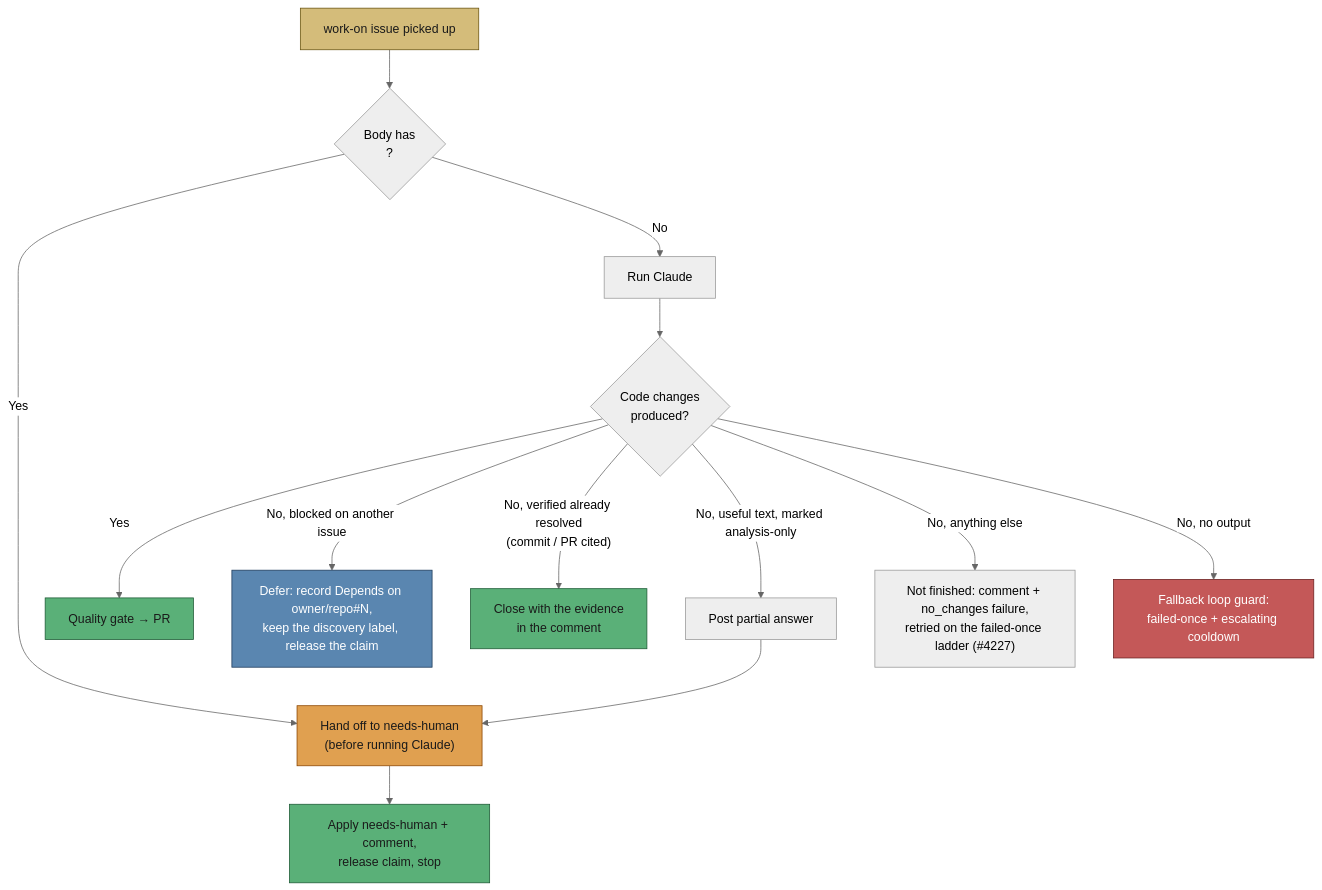
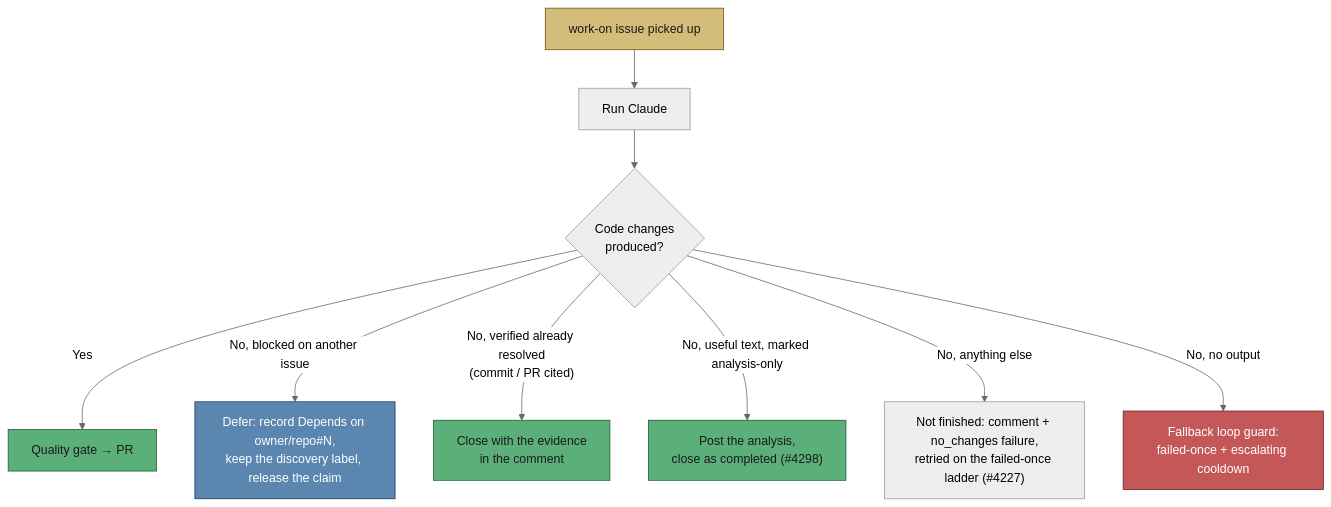
One commit to stSoftwareAU/VibeCoder changed diagram 11 of 25 in docs/workflows/issue-processing.md. Above: the diagram before and after it, drawn with Mermaid (neutral theme). The commit also changed other lines of this file and 50 other files, not shown here.

First line of the commit message:
Resolve unworkable work-on issues instead of handing them back (Issue #4298)

````diff
--- a/docs/workflows/issue-processing.md
+++ b/docs/workflows/issue-processing.md
@@ -862,21 +856,17 @@
 ```mermaid
 flowchart TD
-  Pick["work-on issue picked up"] --> Marker{"Body has<br/><!-- analysis-only --> ?"}
-  Marker -->|Yes| HandOff["Hand off to needs-human<br/>(before running Claude)"]
-  Marker -->|No| Run["Run Claude"]
+  Pick["work-on issue picked up"] --> Run["Run Claude"]
   Run --> Changes{"Code changes<br/>produced?"}
   Changes -->|Yes| PR["Quality gate → PR"]
   Changes -->|"No, blocked on another issue"| Defer["Defer: record Depends on owner/repo#N,<br/>keep the discovery label, release the claim"]
   Changes -->|"No, verified already resolved<br/>(commit / PR cited)"| Close["Close with the evidence<br/>in the comment"]
-  Changes -->|"No, useful text, marked analysis-only"| Partial["Post partial answer"] --> HandOff
+  Changes -->|"No, useful text, marked analysis-only"| Done["Post the analysis,<br/>close as completed (#4298)"]
   Changes -->|"No, anything else"| Retry["Not finished: comment + no_changes failure,<br/>retried on the failed-once ladder (#4227)"]
   Changes -->|"No, no output"| Guard["Fallback loop guard:<br/>failed-once + escalating cooldown"]
-  HandOff --> Stop["Apply needs-human + comment,<br/>release claim, stop"]
   style Pick fill:#d4bc7a,stroke:#6b5510,color:#1a1a1a
-  style HandOff fill:#e0a050,stroke:#8b4500,color:#1a1a1a
-  style Stop fill:#5ab078,stroke:#1d5a35,color:#1a1a1a
+  style Done fill:#5ab078,stroke:#1d5a35,color:#1a1a1a
   style PR fill:#5ab078,stroke:#1d5a35,color:#1a1a1a
   style Guard fill:#c45858,stroke:#6b2020,color:#fff
   style Defer fill:#5a86b0,stroke:#1d3a5a,color:#fff
   style Close fill:#5ab078,stroke:#1d5a35,color:#1a1a1a
 ```
````
